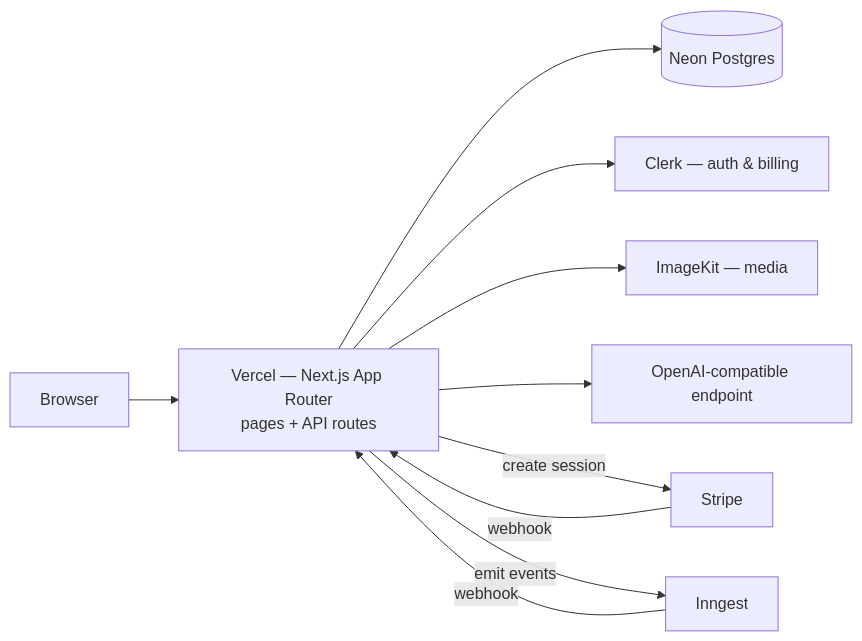
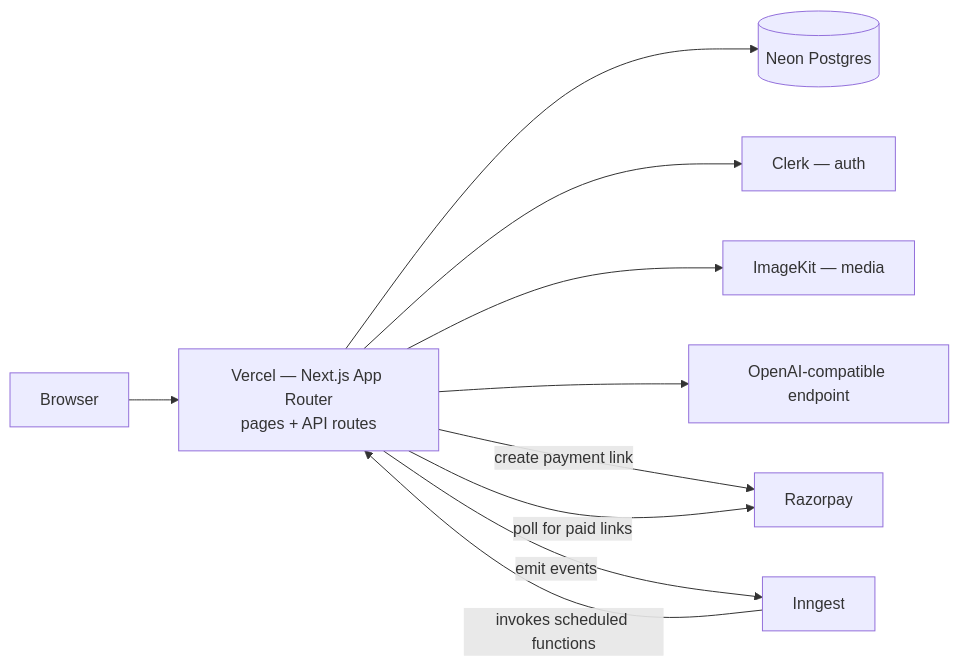
One commit to ManavS24/GoCart changed the first of 3 diagrams in docs/ARCHITECTURE.md. Above: the diagram before and after it, drawn with Mermaid. The commit also changed other lines of this file and 3 other files, not shown here.

````diff
--- a/docs/ARCHITECTURE.md
+++ b/docs/ARCHITECTURE.md
@@ -9,12 +9,12 @@
 ```mermaid
 graph LR
   B[Browser] --> V["Vercel — Next.js App Router<br/>pages + API routes"]
   V --> DB[(Neon Postgres)]
-  V --> CL[Clerk — auth & billing]
+  V --> CL[Clerk — auth]
   V --> IK[ImageKit — media]
   V --> AI[OpenAI-compatible endpoint]
-  ST[Stripe] -->|webhook| V
-  IN[Inngest] -->|webhook| V
-  V -->|create session| ST
+  V -->|create payment link| RZ[Razorpay]
+  V -->|poll for paid links| RZ
+  IN[Inngest] -->|invokes scheduled functions| V
   V -->|emit events| IN
 ```
````
